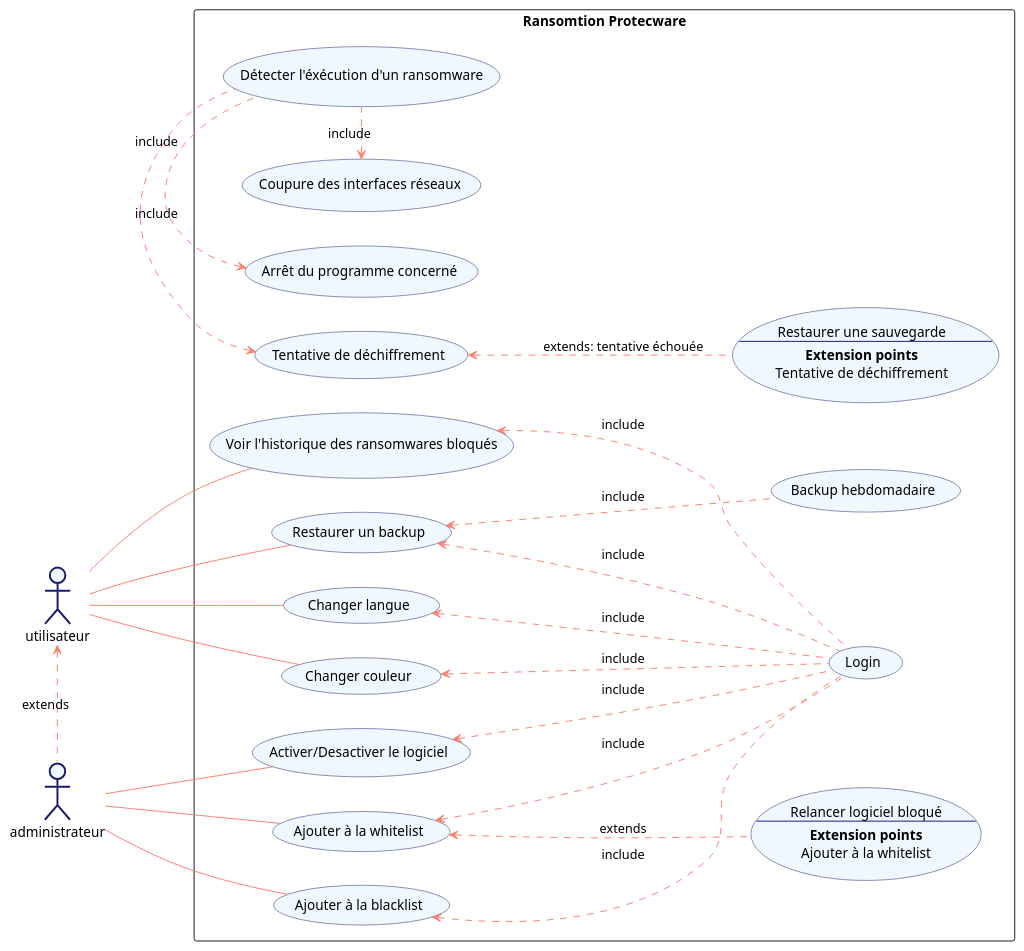
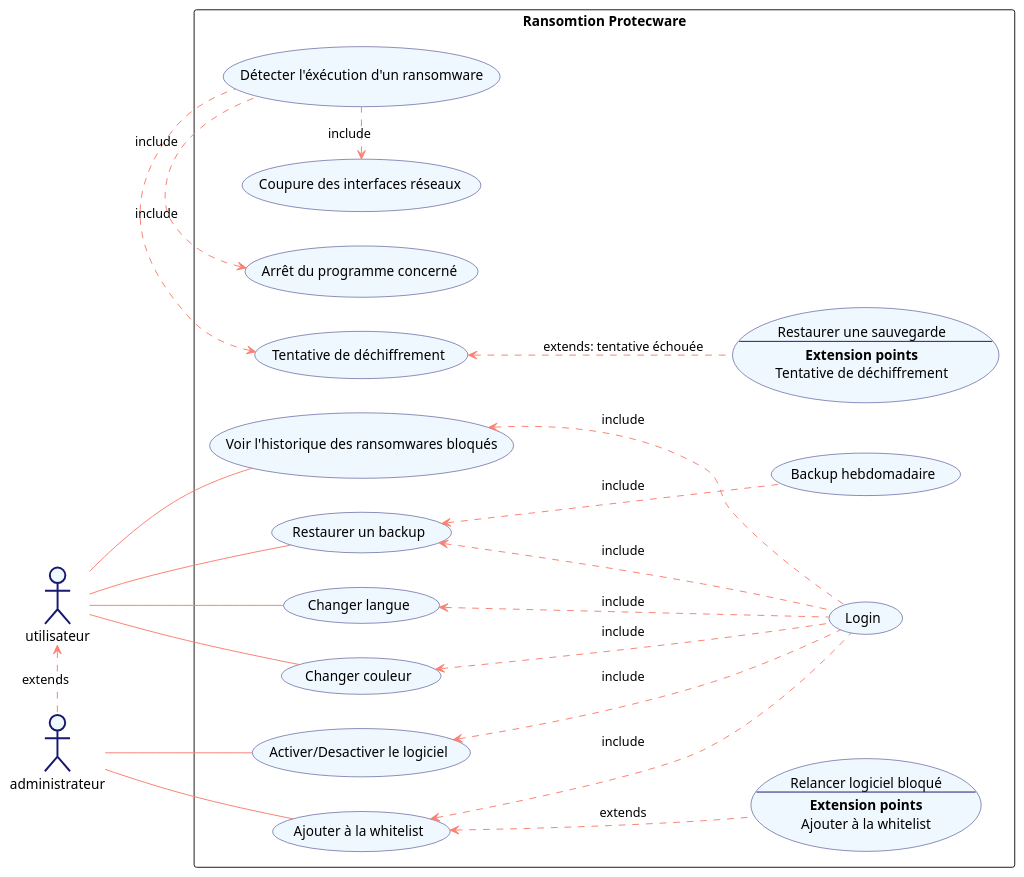
Before and after one commit to Nexliath/Ransomtion-Protecware: the diagram in uml_diagram.iuml, drawn with PlantUML. The commit also changed 1 other file, not shown here.

Commit message:
remove elem from use case diagram

```diff
--- a/uml_diagram.iuml
+++ b/uml_diagram.iuml
@@ -1,50 +1,46 @@
 @startuml
 skinparam usecase {
 BackgroundColor AliceBlue
 BorderColor MidnightBlue
 ArrowColor Salmon
 }
 
 left to right direction
 
 utilisateur #AliceBlue;line:MidnightBlue;line.bold;text:Black
 administrateur #AliceBlue;line:MidnightBlue;line.bold;text:Black
 utilisateur <.right. administrateur : extends
-
 rectangle "Ransomtion Protecware" {
   :utilisateur: -- (Changer langue)
   (Login) .up.> (Changer langue) : include
   :utilisateur: -- (Voir l'historique des ransomwares bloqués)
   (Login) .up.> (Voir l'historique des ransomwares bloqués) : include
   :utilisateur: -- (Changer couleur)
   (Login) .up.> (Changer couleur) : include
   :utilisateur: -- (Restaurer un backup)
   (Login) .up.> (Restaurer un backup) : include
   (Restaurer un backup) <.down. (Backup hebdomadaire) : include
-
   :administrateur: -- (Activer/Desactiver le logiciel)
   (Login) .up.> (Activer/Desactiver le logiciel) : include
-  :administrateur: -- (Ajouter à la blacklist)
-  (Login) .up.> (Ajouter à la blacklist) : include
   usecase UC1 as "Relancer logiciel bloqué
   --
   **Extension points**
   Ajouter à la whitelist
   "
   (Ajouter à la whitelist) <.down. UC1 : extends
   (Login) .up.> (Ajouter à la whitelist) : include
   :administrateur: -- (Ajouter à la whitelist)
 
   (Détecter l'éxécution d'un ransomware) .left.> (Coupure des interfaces réseaux) : include
   (Détecter l'éxécution d'un ransomware) .left.> (Arrêt du programme concerné) : include
   (Détecter l'éxécution d'un ransomware) .left.> (Tentative de déchiffrement) : include
   usecase UC2 as "Restaurer une sauvegarde
   --
   **Extension points**
   Tentative de déchiffrement
   "
   (Tentative de déchiffrement) <.down. UC2 : extends: tentative échouée
 
 
 }
 @enduml
```
